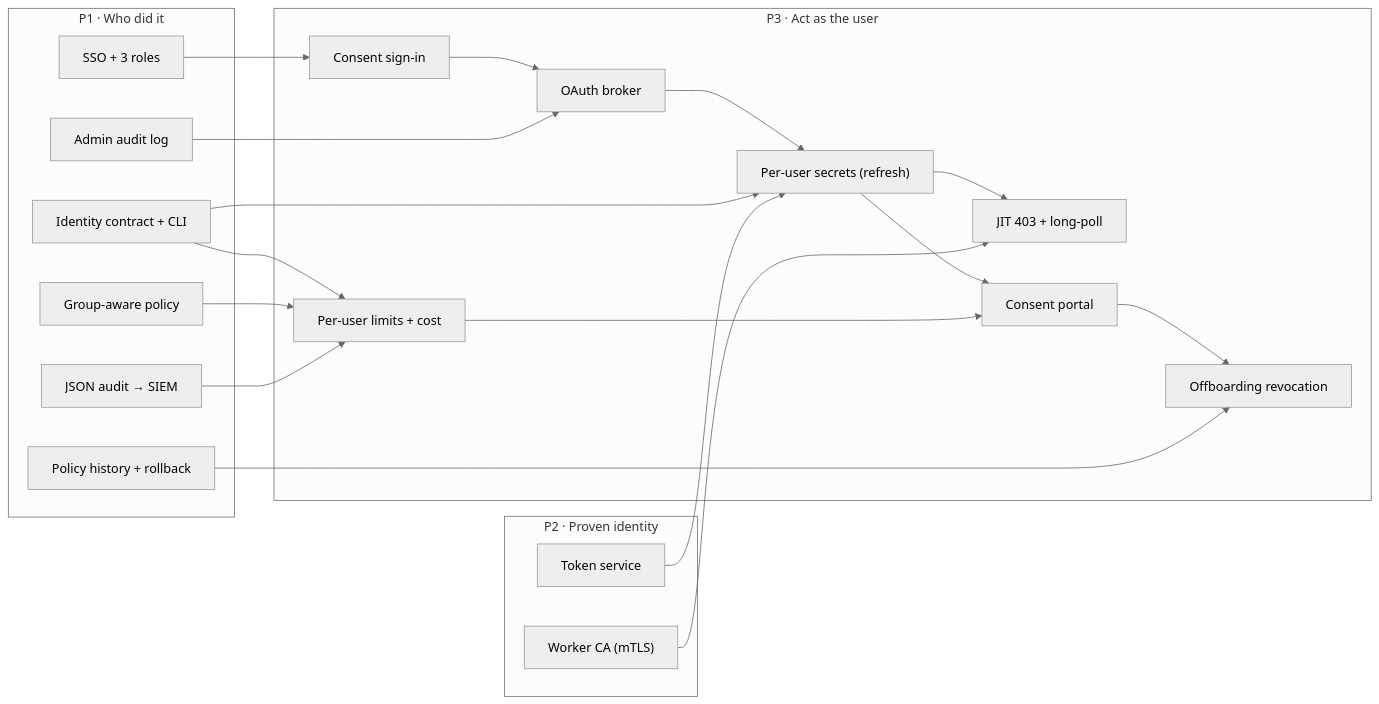
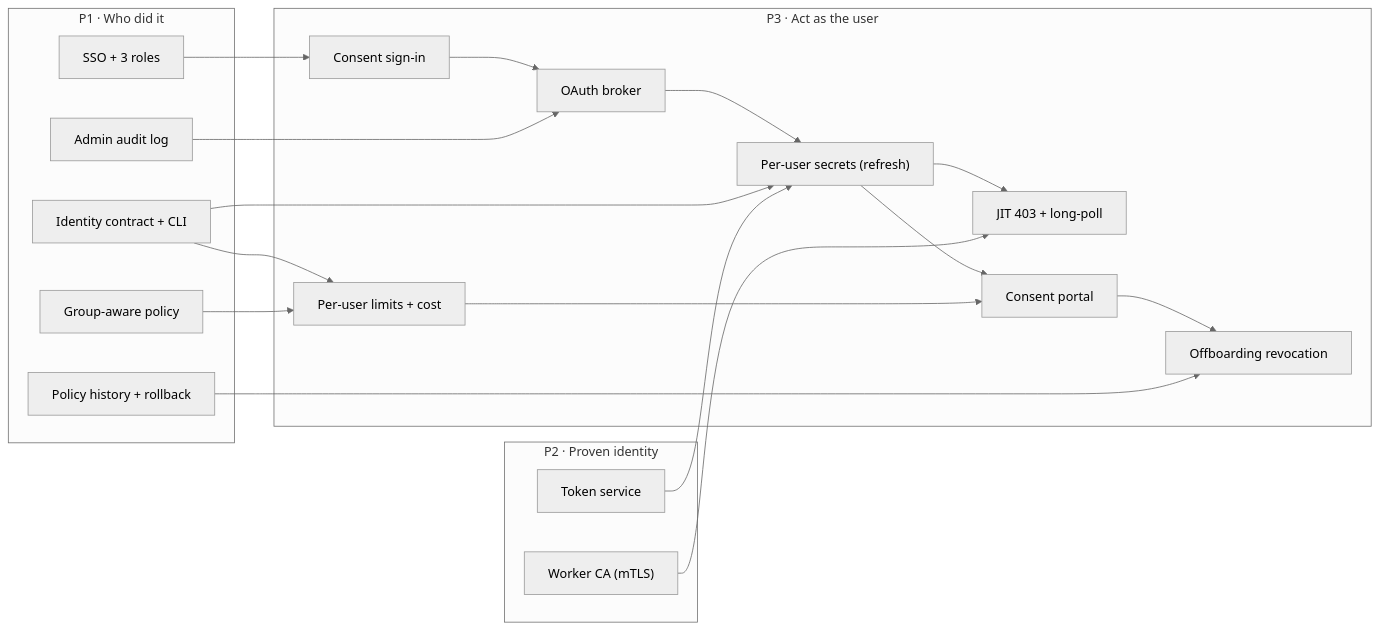
Before and after one commit to ethosagent/warden: the third of 5 diagrams in docs/roadmap/README.md, drawn with Mermaid (neutral theme). The commit also changed other lines of this file and 17 other files, not shown here.

First line of the commit message:
docs(roadmap): review Phase 1 tickets with requirements, plans and acceptance

````diff
--- a/docs/roadmap/README.md
+++ b/docs/roadmap/README.md
@@ -149,39 +149,37 @@
 ```mermaid
 flowchart LR
   subgraph ph1["P1 · Who did it"]
     p1_identity_contract["Identity contract + CLI"]
     p1_sso_roles["SSO + 3 roles"]
     p1_admin_audit["Admin audit log"]
     p1_policy_history["Policy history + rollback"]
     p1_group_policy["Group-aware policy"]
-    p1_json_audit["JSON audit → SIEM"]
   end
   subgraph ph2["P2 · Proven identity"]
     p2_token_service["Token service"]
     p2_worker_ca["Worker CA (mTLS)"]
   end
   subgraph ph3["P3 · Act as the user"]
     p3_consent_signin["Consent sign-in"]
     p3_oauth_broker["OAuth broker"]
     p3_per_user_secrets["Per-user secrets (refresh)"]
     p3_jit["JIT 403 + long-poll"]
     p3_per_user_limits["Per-user limits + cost"]
     p3_consent_portal["Consent portal"]
     p3_offboarding["Offboarding revocation"]
   end
   p1_sso_roles --> p3_consent_signin
   p3_consent_signin --> p3_oauth_broker
   p1_admin_audit --> p3_oauth_broker
   p3_oauth_broker --> p3_per_user_secrets
   p1_identity_contract --> p3_per_user_secrets
   p2_token_service --> p3_per_user_secrets
   p3_per_user_secrets --> p3_jit
   p2_worker_ca --> p3_jit
   p1_identity_contract --> p3_per_user_limits
   p1_group_policy --> p3_per_user_limits
-  p1_json_audit --> p3_per_user_limits
   p3_per_user_secrets --> p3_consent_portal
   p3_per_user_limits --> p3_consent_portal
   p3_consent_portal --> p3_offboarding
   p1_policy_history --> p3_offboarding
 ```
````
